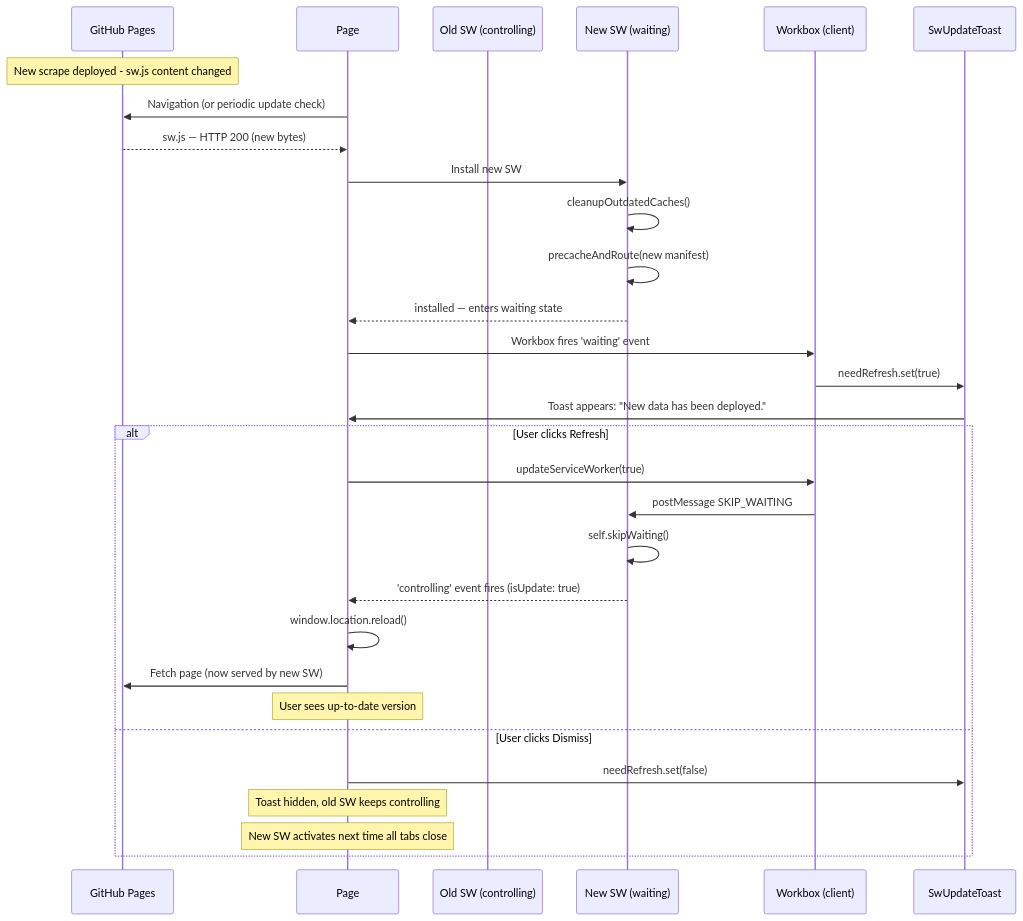
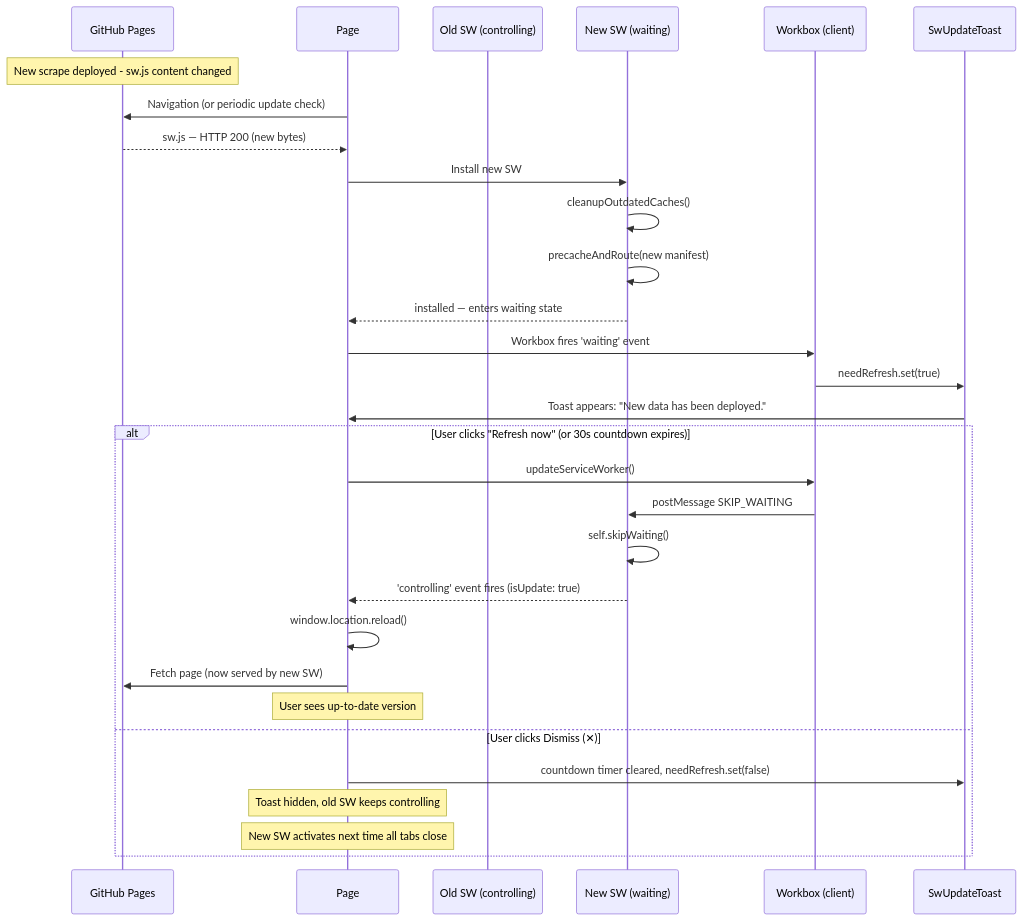
One commit to christianacca/spidershop-historical-analysis changed the third of 3 diagrams in docs/SERVICE_WORKER.md. Above: the diagram before and after it, drawn with Mermaid. The commit also changed other lines of this file and 38 other files, not shown here.

````diff
--- a/docs/SERVICE_WORKER.md
+++ b/docs/SERVICE_WORKER.md
@@ -162,34 +158,34 @@
 ```mermaid
 sequenceDiagram
     participant GH as GitHub Pages
     participant Page
     participant OldSW as Old SW (controlling)
     participant NewSW as New SW (waiting)
     participant WB as Workbox (client)
     participant Toast as SwUpdateToast
 
     Note over GH: New scrape deployed - sw.js content changed
     Page->>GH: Navigation (or periodic update check)
     GH-->>Page: sw.js — HTTP 200 (new bytes)
     Page->>NewSW: Install new SW
     NewSW->>NewSW: cleanupOutdatedCaches()
     NewSW->>NewSW: precacheAndRoute(new manifest)
     NewSW-->>Page: installed — enters waiting state
     Page->>WB: Workbox fires 'waiting' event
     WB->>Toast: needRefresh.set(true)
     Toast->>Page: Toast appears: "New data has been deployed."
 
-    alt User clicks Refresh
-        Page->>WB: updateServiceWorker(true)
+    alt User clicks "Refresh now" (or 30s countdown expires)
+        Page->>WB: updateServiceWorker()
         WB->>NewSW: postMessage SKIP_WAITING
         NewSW->>NewSW: self.skipWaiting()
         NewSW-->>Page: 'controlling' event fires (isUpdate: true)
         Page->>Page: window.location.reload()
         Page->>GH: Fetch page (now served by new SW)
         Note over Page: User sees up-to-date version
-    else User clicks Dismiss
-        Page->>Toast: needRefresh.set(false)
+    else User clicks Dismiss (✕)
+        Page->>Toast: countdown timer cleared, needRefresh.set(false)
         Note over Page: Toast hidden, old SW keeps controlling
         Note over Page: New SW activates next time all tabs close
     end
 ```
````
